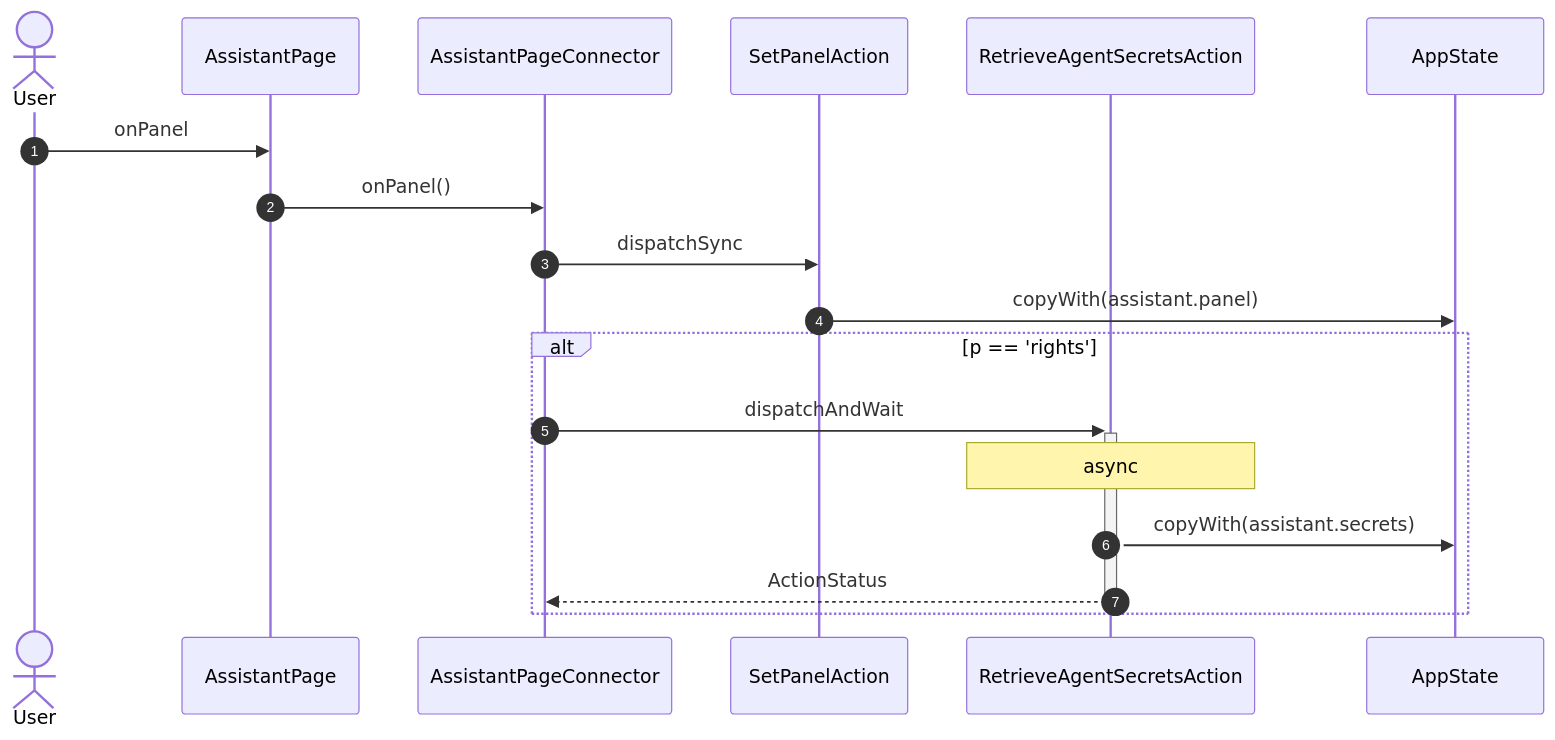
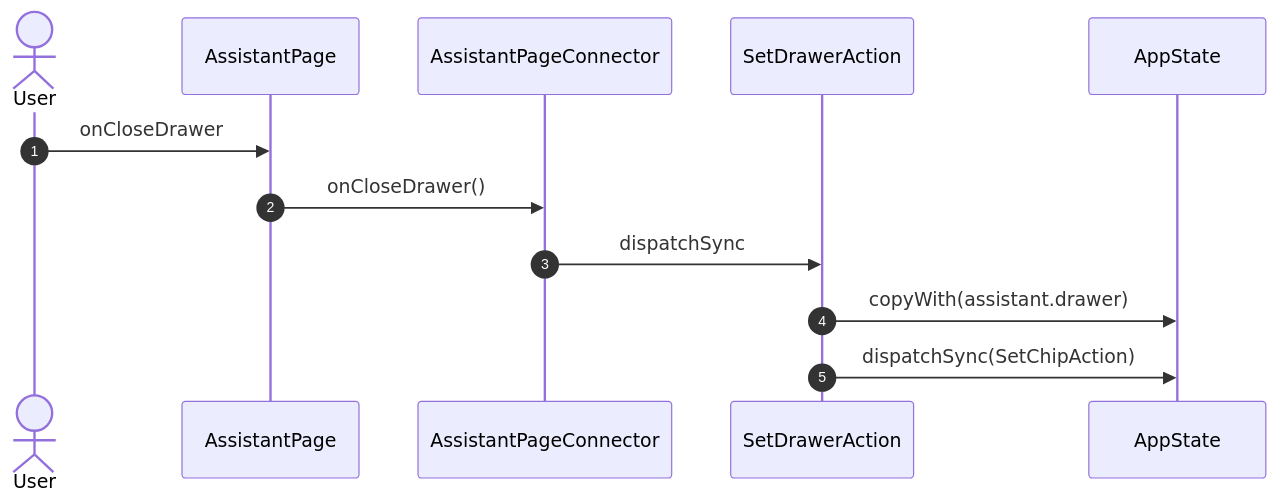
Before and after one commit to gencto/wyrm: diagram 23 of 23 in studio/docs/flows/assistant.md, drawn with Mermaid. The commit also changed other lines of this file and 94 other files, not shown here.

First line of the commit message:
studio: assistant: typed wire, words in ui, one action per intent

````diff
--- a/studio/docs/flows/assistant.md
+++ b/studio/docs/flows/assistant.md
@@ -498,21 +419,15 @@
 ```mermaid
 sequenceDiagram
     autonumber
     actor User
     participant UI as AssistantPage
     participant VM as AssistantPageConnector
-    participant A1 as SetPanelAction
-    participant A2 as RetrieveAgentSecretsAction
+    participant A1 as SetDrawerAction
     participant ST as AppState
 
-    User->>UI: onPanel
-    UI->>VM: onPanel()
+    User->>UI: onCloseDrawer
+    UI->>VM: onCloseDrawer()
     VM->>A1: dispatchSync
-    A1->>ST: copyWith(assistant.panel)
-    alt p == 'rights'
-        VM->>+A2: dispatchAndWait
-        Note over A2: async
-        A2->>ST: copyWith(assistant.secrets)
-        A2-->>-VM: ActionStatus
-    end
+    A1->>ST: copyWith(assistant.drawer)
+    A1->>ST: dispatchSync(SetChipAction)
 ```
````
